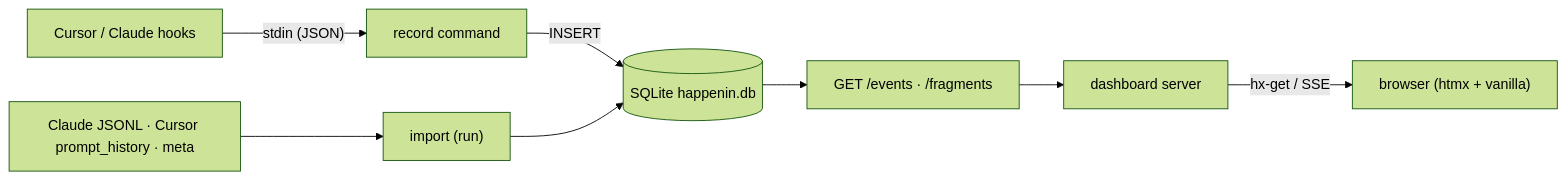
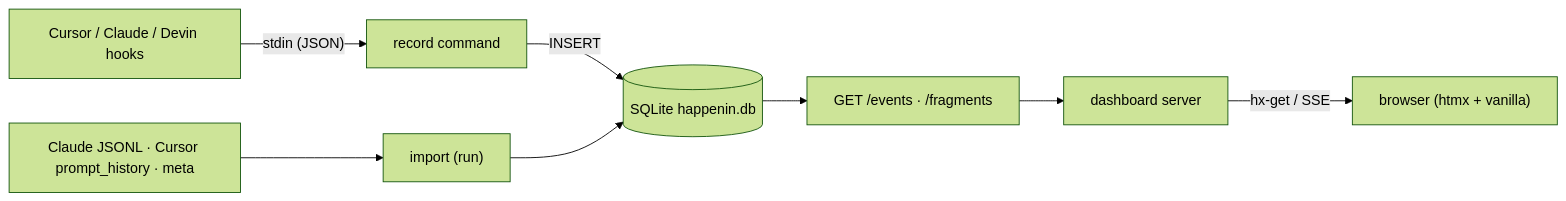
One commit to YogliB/happenin changed the diagram in docs/ARCHITECTURE.md. Above: the diagram before and after it, drawn with Mermaid (forest theme). The commit also changed other lines of this file and 22 other files, not shown here.

````diff
--- a/docs/ARCHITECTURE.md
+++ b/docs/ARCHITECTURE.md
@@ -5,10 +5,10 @@
 ```mermaid
 flowchart LR
-    hooks["Cursor / Claude hooks"] -- "stdin (JSON)" --> record["record command"]
+    hooks["Cursor / Claude / Devin hooks"] -- "stdin (JSON)" --> record["record command"]
     record -- "INSERT" --> db[("SQLite happenin.db")]
     transcripts["Claude JSONL · Cursor prompt_history · meta"] --> import["import (run)"]
     import --> db
     db --> api["GET /events · /fragments"]
     api --> dash["dashboard server"]
     dash -- "hx-get / SSE" --> browser["browser (htmx + vanilla)"]
 ```
````
